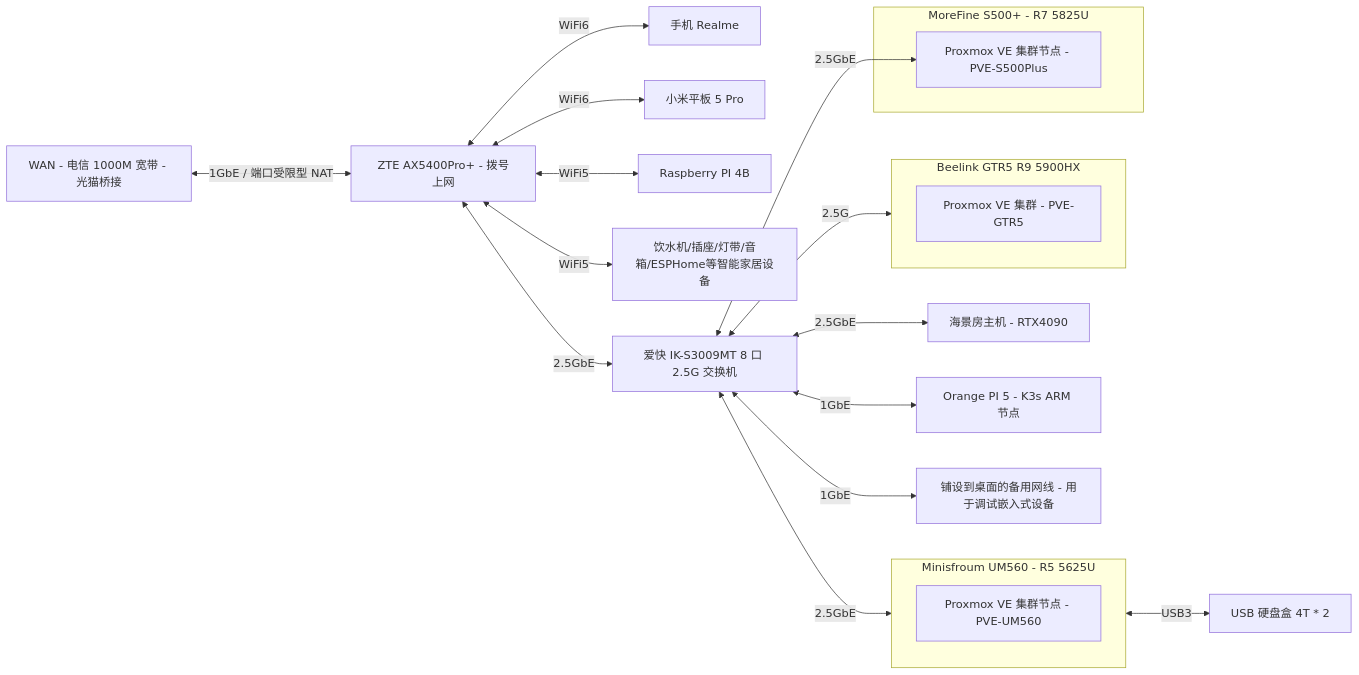
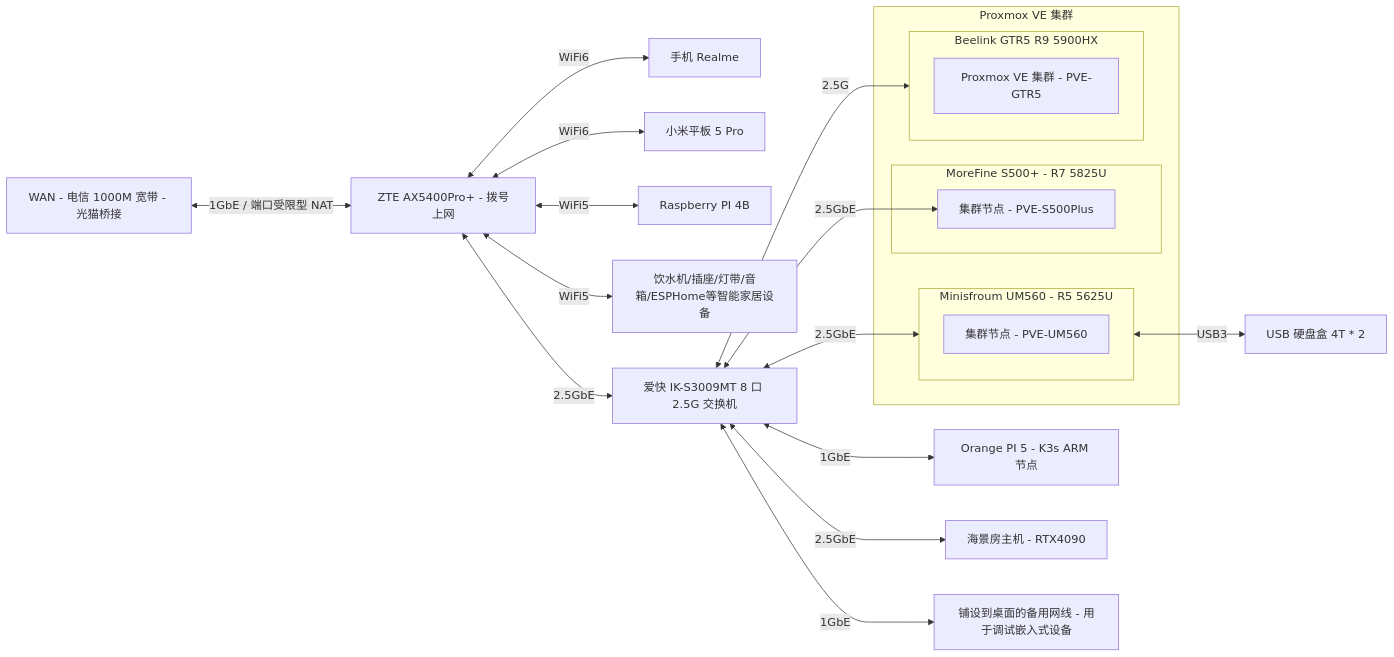
One commit to ryan4yin/knowledge changed the diagram in homelab/README.md. Above: the diagram before and after it, drawn with Mermaid.

Commit message:
feat: /homelab

````diff
--- a/homelab/README.md
+++ b/homelab/README.md
@@ -25,35 +25,37 @@
 ```mermaid
 graph LR
   WAN[WAN - 电信 1000M 宽带 - 光猫桥接]
   edge_router[ZTE AX5400Pro+ - 拨号上网]
   WAN <-- 1GbE / 端口受限型 NAT --> edge_router
   
   edge_router <-- WiFi6 --> android1[手机 Realme ]
   edge_router <-- WiFi6 --> android_pad1[小米平板 5 Pro]
 	edge_router <-- WiFi5 --> raspberrypi[Raspberry PI 4B]
 	edge_router <-- WiFi5 --> SmartHomeDevices[饮水机/插座/灯带/音箱/ESPHome等智能家居设备]
 
   edge_router <-- 2.5GbE --> switch[爱快 IK-S3009MT 8 口 2.5G 交换机]
   
-  switch <-- 2.5GbE --> RTX4090[海景房主机 - RTX4090]
-	switch <-- 1GbE --> orangepi5[Orange PI 5 - K3s ARM 节点]
-	switch <-- 1GbE --> backup[铺设到桌面的备用网线 - 用于调试嵌入式设备]
-
   switch <-- 2.5GbE --> UM560
 	switch <-- 2.5GbE --> PVE-S500Plus
 	switch <-- 2.5G --> GTR5
 
-	subgraph S500Plus[MoreFine S500+ - R7 5825U]
-    PVE-S500Plus[Proxmox VE 集群节点 - PVE-S500Plus]
-	end
+  subgraph PVE-Cluster[Proxmox VE  集群]
+    subgraph UM560[Minisfroum UM560 - R5 5625U]
+      PVE-UM560[集群节点 - PVE-UM560]
+    end
 
-	subgraph GTR5[Beelink GTR5 R9 5900HX]
-    PVE-GTR5[Proxmox VE 集群 - PVE-GTR5]
-	end
+    subgraph S500Plus[MoreFine S500+ - R7 5825U]
+      PVE-S500Plus[集群节点 - PVE-S500Plus]
+    end
 
-	subgraph UM560[Minisfroum UM560 - R5 5625U]
-    PVE-UM560[Proxmox VE 集群节点 - PVE-UM560]
-	end
-  
+    subgraph GTR5[Beelink GTR5 R9 5900HX]
+      PVE-GTR5[Proxmox VE 集群 - PVE-GTR5]
+    end
+  end
   UM560 <-- USB3 --> USB-Storage1[USB 硬盘盒 4T * 2]
+
+	switch <-- 1GbE --> orangepi5[Orange PI 5 - K3s ARM 节点]
+  switch <-- 2.5GbE --> RTX4090[海景房主机 - RTX4090]
+	switch <-- 1GbE --> backup[铺设到桌面的备用网线 - 用于调试嵌入式设备]
+
 ```
````
